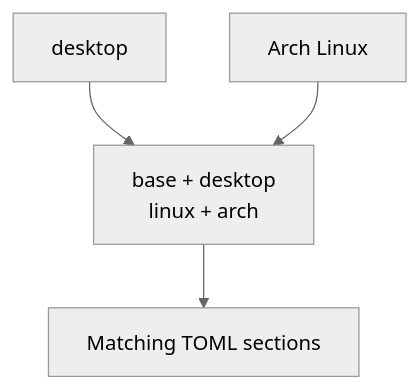
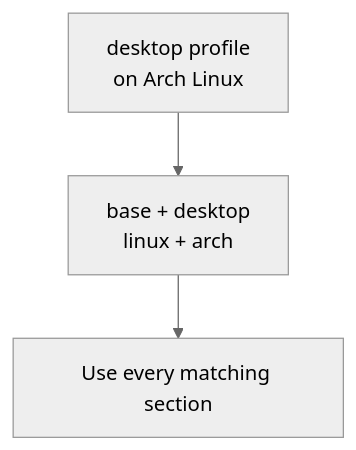
Before and after one commit to sneivandt/dotfiles: the diagram in docs/content/guides/profiles-and-categories.md, drawn with Mermaid (neutral theme). The commit also changed other lines of this file and 38 other files, not shown here.

````diff
--- a/docs/content/guides/profiles-and-categories.md
+++ b/docs/content/guides/profiles-and-categories.md
@@ -58,8 +50,7 @@
 ```mermaid
 flowchart TB
     accTitle: How profiles select configuration
     accDescr: The desktop role and Arch Linux host combine to activate base, desktop, linux, and arch. All matching configuration sections contribute.
-    role["desktop"] --> categories["base + desktop<br/>linux + arch"]
-    host["Arch Linux"] --> categories
-    categories --> sections["Matching TOML sections"]
+    machine["desktop profile<br/>on Arch Linux"] --> categories["base + desktop<br/>linux + arch"]
+    categories --> sections["Use every matching section"]
 ```
````
